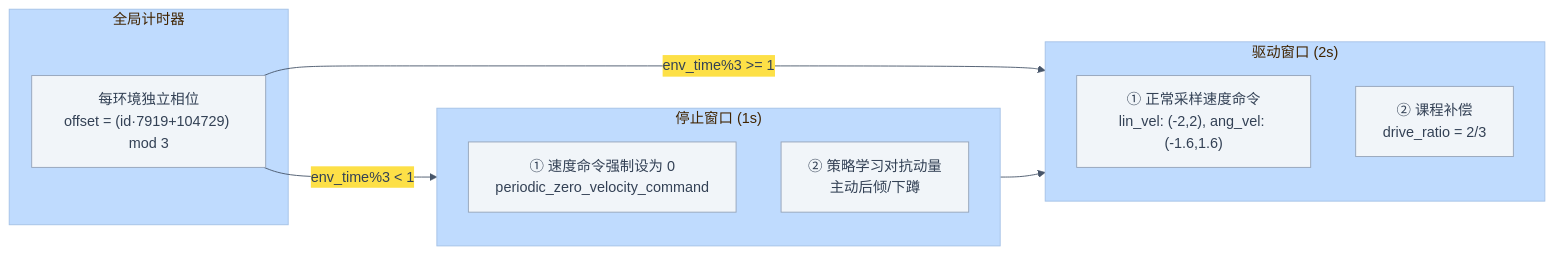
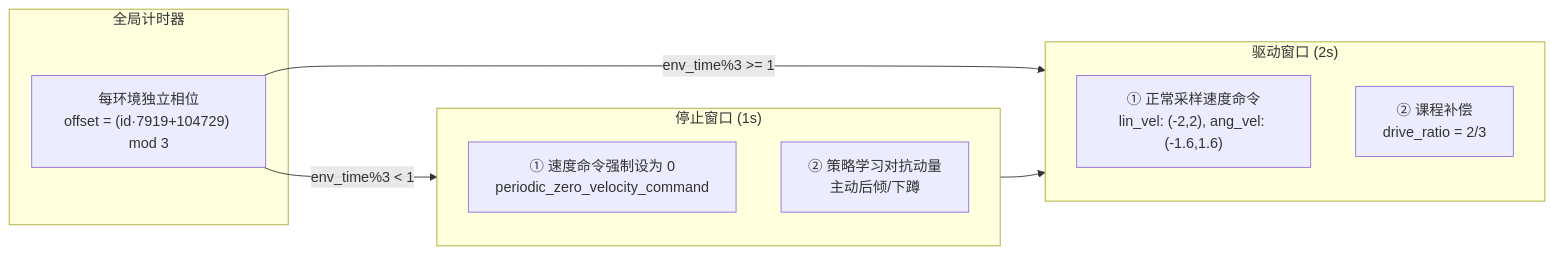
One commit to Taojunfeng123/quadruped_robot_lab changed the seventh of 14 diagrams in README.md. Above: the diagram before and after it, drawn with Mermaid. The commit also changed other lines of this file, not shown here.

Commit message:
修改了readme图表不可见的问题

````diff
--- a/README.md
+++ b/README.md
@@ -554,21 +554,21 @@
 ```mermaid
-%%{init: {'theme': 'base', 'themeVariables': {'background': '#f8fafc', 'primaryColor': '#f1f5f9', 'primaryTextColor': '#334155', 'primaryBorderColor': '#94a3b8', 'lineColor': '#475569', 'secondaryColor': '#fde047', 'tertiaryColor': '#bfdbfe'}}}%%
+ 
 graph LR
     subgraph 计时器["全局计时器"]
         TM["每环境独立相位<br/>offset = (id·7919+104729) mod 3"]
     end
 
     subgraph 停止窗口["停止窗口 (1s)"]
         SW["① 速度命令强制设为 0<br/>periodic_zero_velocity_command"]
         SW2["② 策略学习对抗动量<br/>主动后倾/下蹲"]
     end
 
     subgraph 驱动窗口["驱动窗口 (2s)"]
         DW["① 正常采样速度命令<br/>lin_vel: (-2,2), ang_vel: (-1.6,1.6)"]
         DW2["② 课程补偿<br/>drive_ratio = 2/3"]
     end
 
     TM -->|"env_time%3 < 1"| 停止窗口
     TM -->|"env_time%3 >= 1"| 驱动窗口
     停止窗口 --> 驱动窗口
 ```
````
